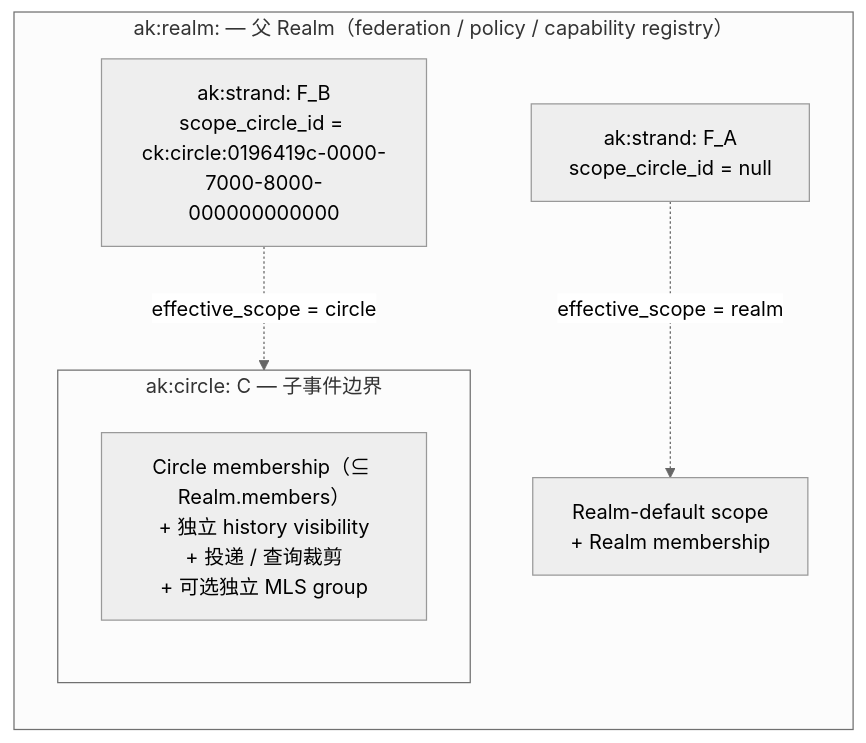
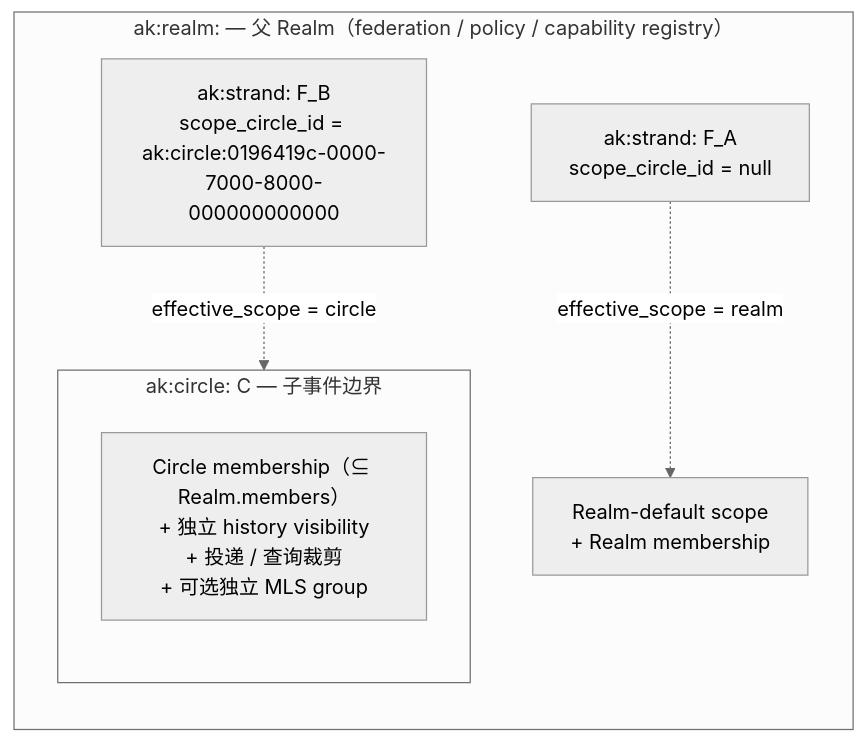
The diagram in spec/v1/zh/models/strand-and-message.md (arkret-org/arkret-spec), drawn with Mermaid (neutral theme) before and after one commit. The commit also changed other lines of this file and 238 other files, not shown here.

````diff
--- a/spec/v1/zh/models/strand-and-message.md
+++ b/spec/v1/zh/models/strand-and-message.md
@@ -331,16 +331,16 @@
 ```mermaid
 flowchart LR
     subgraph Realm ["ak:realm: — 父 Realm（federation / policy / capability registry）"]
         direction TB
         StrandA["ak:strand: F_A<br/>scope_circle_id = null"]
-        StrandB["ak:strand: F_B<br/>scope_circle_id = ck:circle:0196419c-0000-7000-8000-000000000000"]
+        StrandB["ak:strand: F_B<br/>scope_circle_id = ak:circle:0196419c-0000-7000-8000-000000000000"]
         RealmScope["Realm-default scope<br/>+ Realm membership"]
         subgraph Circle ["ak:circle: C — 子事件边界"]
             direction TB
             CircleScope["Circle membership（⊆ Realm.members）<br/>+ 独立 history visibility<br/>+ 投递 / 查询裁剪<br/>+ 可选独立 MLS group"]
         end
 
         StrandA -. "effective_scope = realm" .-> RealmScope
         StrandB -. "effective_scope = circle" .-> CircleScope
     end
 ```
````
